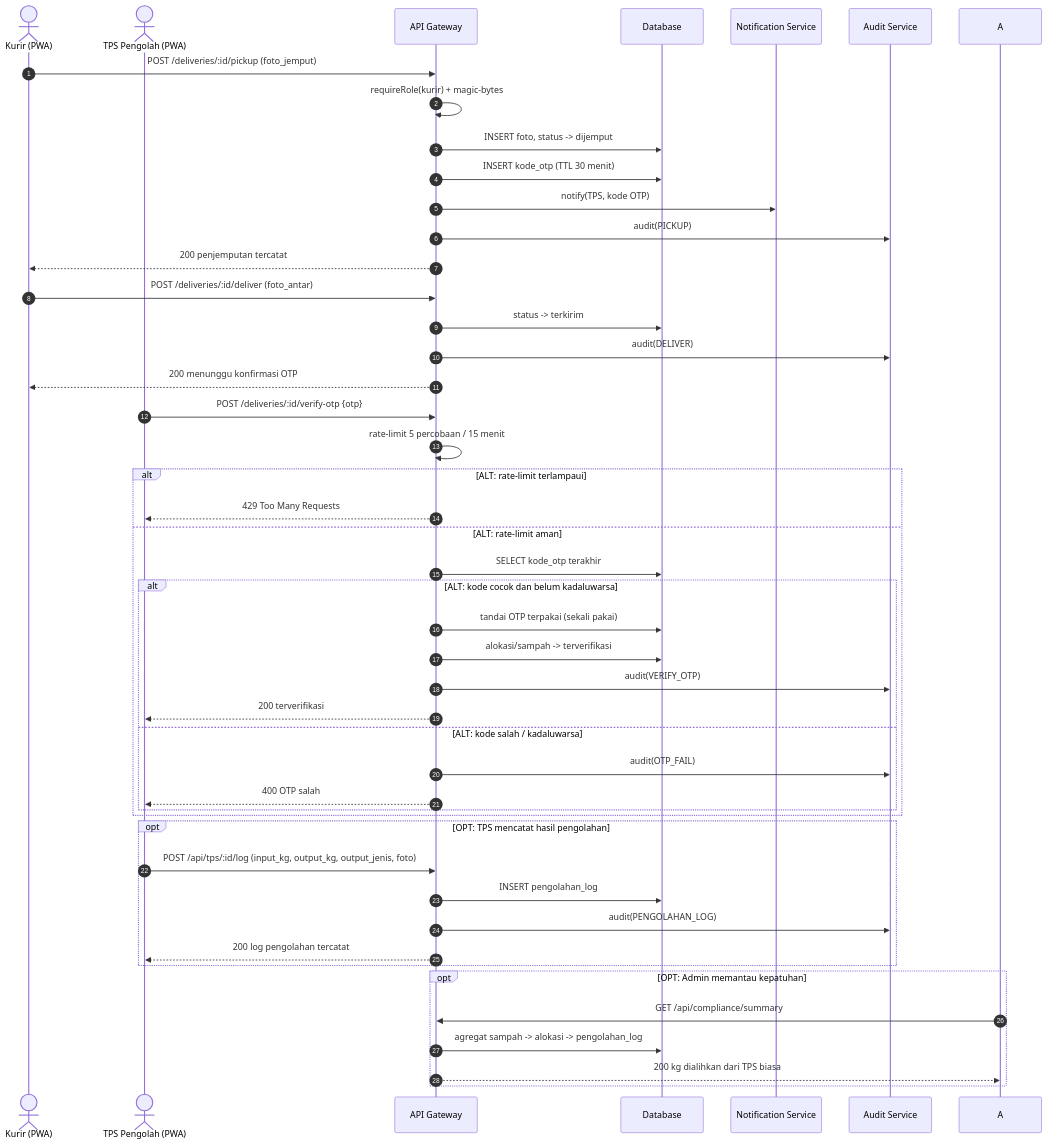
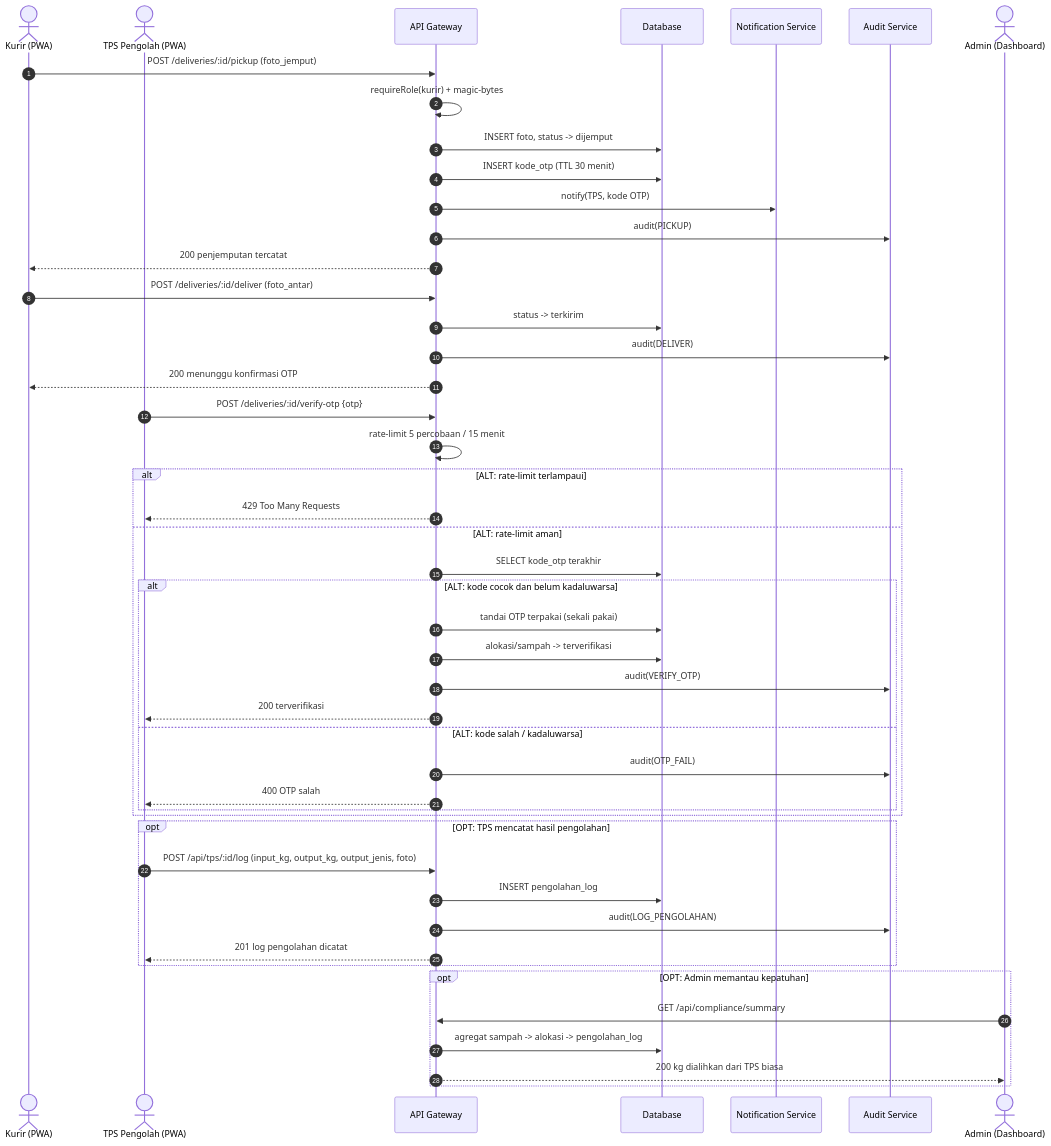
The ninth of 10 diagrams in docs/arsitektur/Dokumen_Arsitektur_Sistem_EcoMatch_v2.0.md (naylaaurellia18-web/ecomatch), drawn with Mermaid before and after one commit. The commit also changed other lines of this file and 8 other files, not shown here.

````diff
--- a/docs/arsitektur/Dokumen_Arsitektur_Sistem_EcoMatch_v2.0.md
+++ b/docs/arsitektur/Dokumen_Arsitektur_Sistem_EcoMatch_v2.0.md
@@ -496,53 +496,54 @@
 ```mermaid
 sequenceDiagram
     autonumber
     actor K as Kurir (PWA)
     actor T as TPS Pengolah (PWA)
     participant API as API Gateway
     participant DB as Database
     participant NS as Notification Service
     participant AU as Audit Service
+    actor A as Admin (Dashboard)
 
     K->>API: POST /deliveries/:id/pickup (foto_jemput)
     API->>API: requireRole(kurir) + magic-bytes
     API->>DB: INSERT foto, status -> dijemput
     API->>DB: INSERT kode_otp (TTL 30 menit)
     API->>NS: notify(TPS, kode OTP)
     API->>AU: audit(PICKUP)
     API-->>K: 200 penjemputan tercatat
 
     K->>API: POST /deliveries/:id/deliver (foto_antar)
     API->>DB: status -> terkirim
     API->>AU: audit(DELIVER)
     API-->>K: 200 menunggu konfirmasi OTP
 
     T->>API: POST /deliveries/:id/verify-otp {otp}
     API->>API: rate-limit 5 percobaan / 15 menit
     alt ALT: rate-limit terlampaui
         API-->>T: 429 Too Many Requests
     else ALT: rate-limit aman
         API->>DB: SELECT kode_otp terakhir
         alt ALT: kode cocok dan belum kadaluwarsa
             API->>DB: tandai OTP terpakai (sekali pakai)
             API->>DB: alokasi/sampah -> terverifikasi
             API->>AU: audit(VERIFY_OTP)
             API-->>T: 200 terverifikasi
         else ALT: kode salah / kadaluwarsa
             API->>AU: audit(OTP_FAIL)
             API-->>T: 400 OTP salah
         end
     end
 
     opt OPT: TPS mencatat hasil pengolahan
         T->>API: POST /api/tps/:id/log (input_kg, output_kg, output_jenis, foto)
         API->>DB: INSERT pengolahan_log
-        API->>AU: audit(PENGOLAHAN_LOG)
-        API-->>T: 200 log pengolahan tercatat
+        API->>AU: audit(LOG_PENGOLAHAN)
+        API-->>T: 201 log pengolahan dicatat
     end
 
     opt OPT: Admin memantau kepatuhan
         A->>API: GET /api/compliance/summary
         API->>DB: agregat sampah -> alokasi -> pengolahan_log
         API-->>A: 200 kg dialihkan dari TPS biasa
     end
 ```
````
